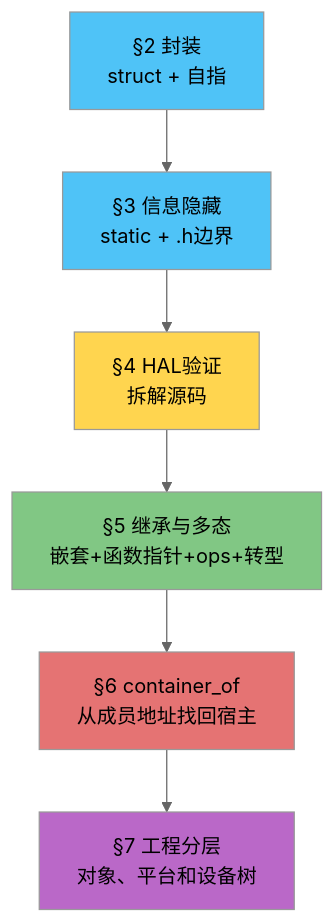
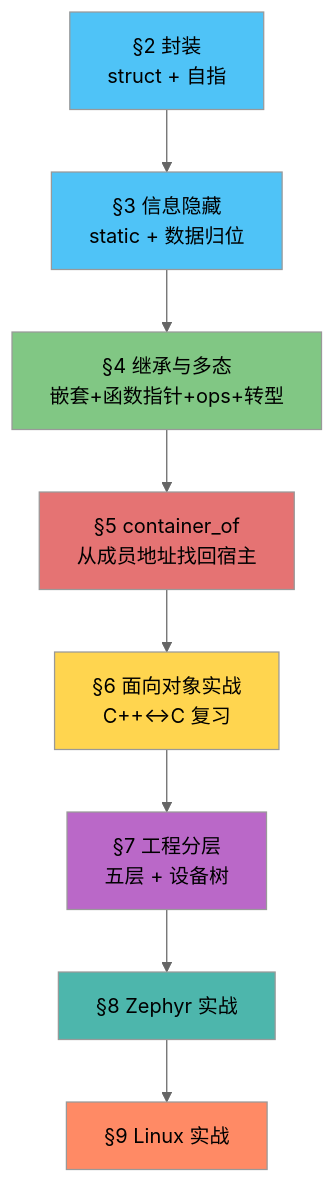
The second of 5 diagrams in tutorials/Chapter5_C语言面向对象工程架构基础/Chapter5_C语言面向对象工程架构基础.md (MosyuSora/STM32F4Learning), drawn with Mermaid (neutral theme) before and after one commit. The commit also changed other lines of this file and 202 other files, not shown here.

````diff
--- a/tutorials/Chapter5_C语言面向对象工程架构基础/Chapter5_C语言面向对象工程架构基础.md
+++ b/tutorials/Chapter5_C语言面向对象工程架构基础/Chapter5_C语言面向对象工程架构基础.md
@@ -117,15 +118,19 @@
 ```mermaid
 flowchart TD
-    p2["§2 封装<br/>struct + 自指"] --> p3["§3 信息隐藏<br/>static + .h边界"]
-    p3 --> p4["§4 HAL验证<br/>拆解源码"]
-    p4 --> p5["§5 继承与多态<br/>嵌套+函数指针+ops+转型"]
-    p5 --> p6["§6 container_of<br/>从成员地址找回宿主"]
-    p6 --> p7["§7 工程分层<br/>对象、平台和设备树"]
+    p2["§2 封装<br/>struct + 自指"] --> p3["§3 信息隐藏<br/>static + 数据归位"]
+    p3 --> p4["§4 继承与多态<br/>嵌套+函数指针+ops+转型"]
+    p4 --> p5["§5 container_of<br/>从成员地址找回宿主"]
+    p5 --> p6["§6 面向对象实战<br/>C++↔C 复习"]
+    p6 --> p7["§7 工程分层<br/>五层 + 设备树"]
+    p7 --> p8["§8 Zephyr 实战"]
+    p8 --> p9["§9 Linux 实战"]
 
     style p2 fill:#4FC3F7
     style p3 fill:#4FC3F7
-    style p4 fill:#FFD54F
-    style p5 fill:#81C784
-    style p6 fill:#E57373
+    style p4 fill:#81C784
+    style p5 fill:#E57373
+    style p6 fill:#FFD54F
     style p7 fill:#BA68C8
+    style p8 fill:#4DB6AC
+    style p9 fill:#FF8A65
 ```
````
